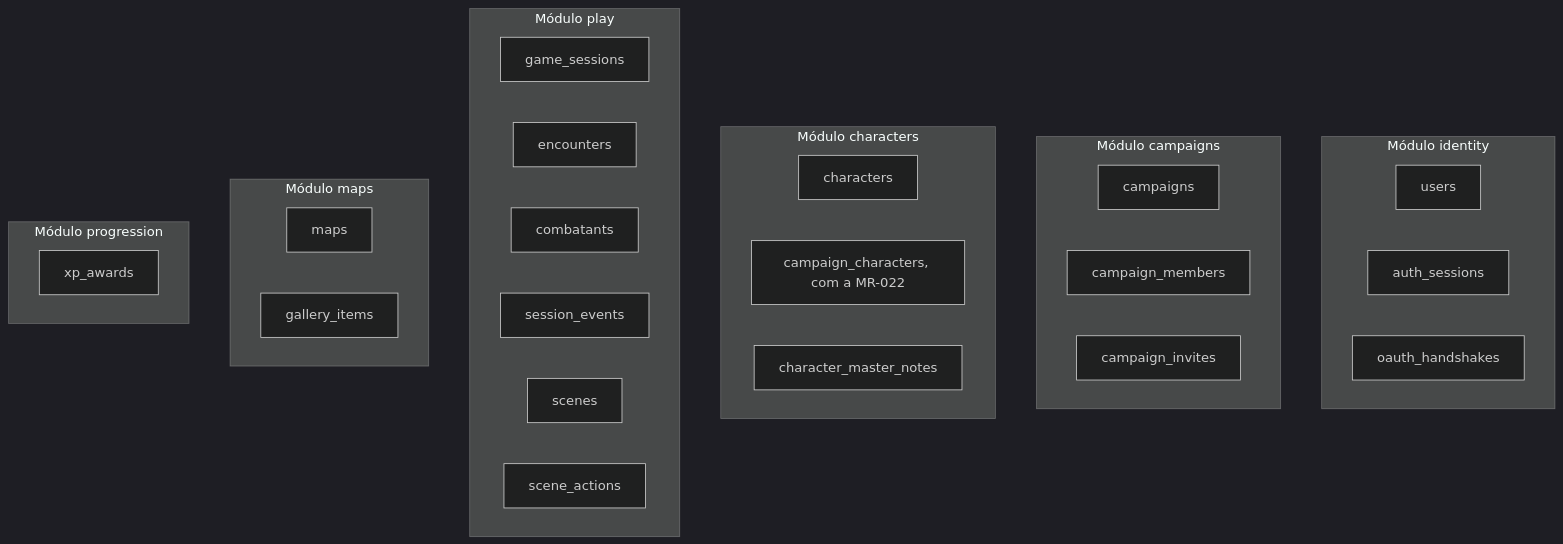
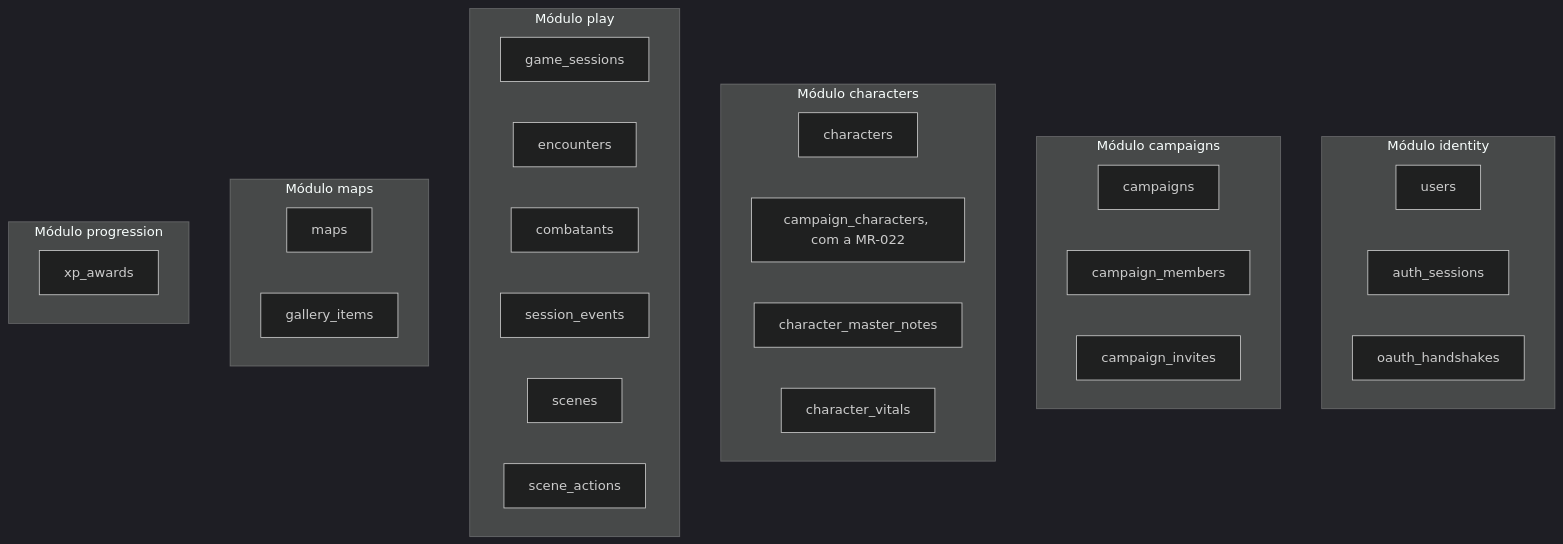
Before and after one commit to PuraFome/meuRPG: the second of 3 diagrams in docs/dados.md, drawn with Mermaid (dark theme). The commit also changed other lines of this file and 43 other files, not shown here.

First line of the commit message:
feat(play): live session stream, character vitals and session events

````diff
--- a/docs/dados.md
+++ b/docs/dados.md
@@ -223,38 +237,39 @@
 ```mermaid
 flowchart TD
     subgraph identity["Módulo identity"]
         t_users["users"]
         t_auth_sessions["auth_sessions"]
         t_oauth_handshakes["oauth_handshakes"]
     end
 
     subgraph campaigns_mod["Módulo campaigns"]
         t_campaigns["campaigns"]
         t_campaign_members["campaign_members"]
         t_campaign_invites["campaign_invites"]
     end
 
     subgraph characters_mod["Módulo characters"]
         t_characters["characters"]
         t_campaign_characters["campaign_characters, com a MR-022"]
         t_character_master_notes["character_master_notes"]
+        t_character_vitals["character_vitals"]
     end
 
     subgraph play["Módulo play"]
         t_game_sessions["game_sessions"]
         t_encounters["encounters"]
         t_combatants["combatants"]
         t_session_events["session_events"]
         t_scenes["scenes"]
         t_scene_actions["scene_actions"]
     end
 
     subgraph maps_mod["Módulo maps"]
         t_maps["maps"]
         t_gallery_items["gallery_items"]
     end
 
     subgraph progression["Módulo progression"]
         t_xp_awards["xp_awards"]
     end
 ```
````
